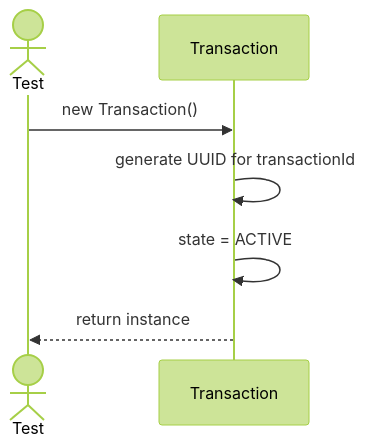
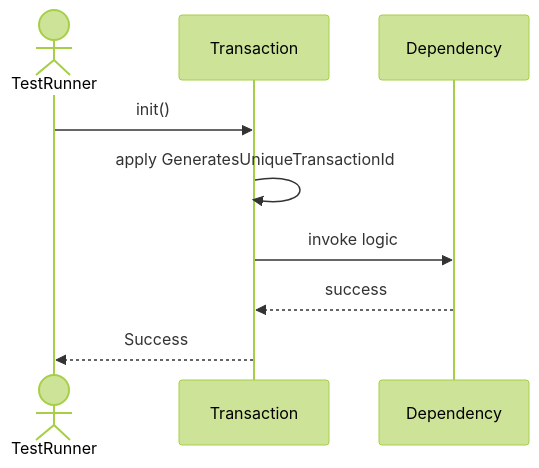
The first of 6 diagrams in Sequences/TransactionManagement/Transaction.md (TamBui1706/DBMS), drawn with Mermaid (forest theme) before and after one commit. The commit also changed other lines of this file and 63 other files, not shown here.

Commit message:
Draw sequence diagram for unit tests

````diff
--- a/Sequences/TransactionManagement/Transaction.md
+++ b/Sequences/TransactionManagement/Transaction.md
@@ -14,10 +23,10 @@
 ```mermaid
 sequenceDiagram
-    actor Test
+    actor TestRunner
     participant Transaction
-
-    Test->>Transaction: new Transaction()
-    Transaction->>Transaction: generate UUID for transactionId
-    Transaction->>Transaction: state = ACTIVE
-    Transaction-->>Test: return instance
+    TestRunner->>Transaction: init()
+    Transaction->>Transaction: apply GeneratesUniqueTransactionId
+    Transaction->>Dependency: invoke logic
+    Dependency-->>Transaction: success
+    Transaction-->>TestRunner: Success
 ```
````
